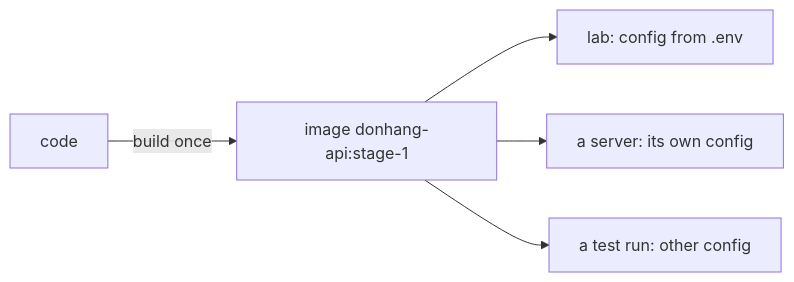
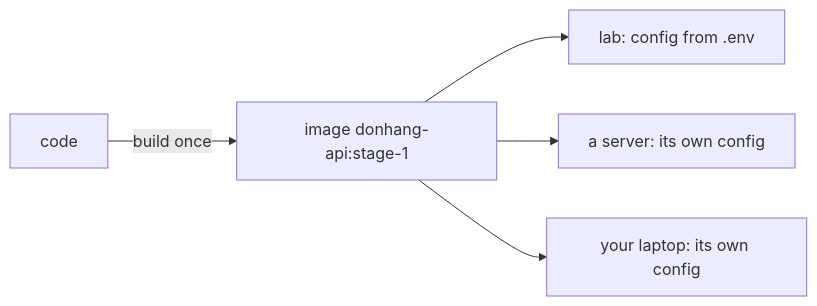
One commit to duyan11110/lo-trinh-architect changed the diagram in content/tracks/devops/config-and-secrets/devops.l1.twelve-factor-config.en.md. Above: the diagram before and after it, drawn with Mermaid. The commit also changed other lines of this file and 3 other files, not shown here.

````diff
--- a/content/tracks/devops/config-and-secrets/devops.l1.twelve-factor-config.en.md
+++ b/content/tracks/devops/config-and-secrets/devops.l1.twelve-factor-config.en.md
@@ -37,7 +37,7 @@
 ```mermaid
 flowchart LR
   C[code] -->|build once| I[image donhang-api:stage-1]
   I --> L[lab: config from .env]
   I --> S[a server: its own config]
-  I --> T[a test run: other config]
+  I --> Y[your laptop: its own config]
 ```
````
